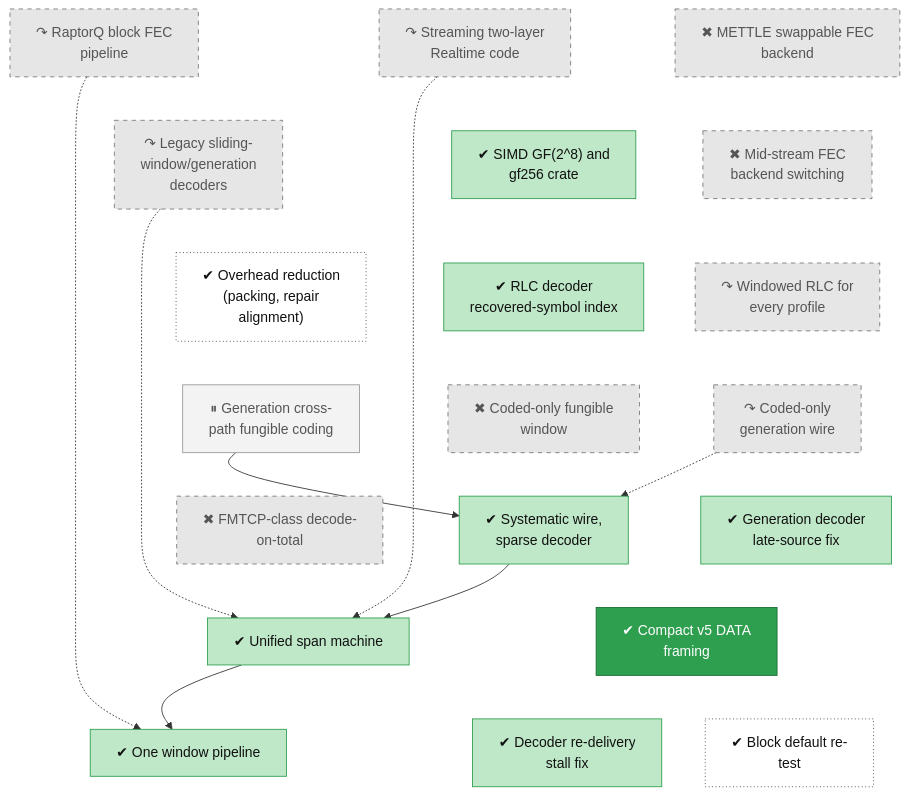
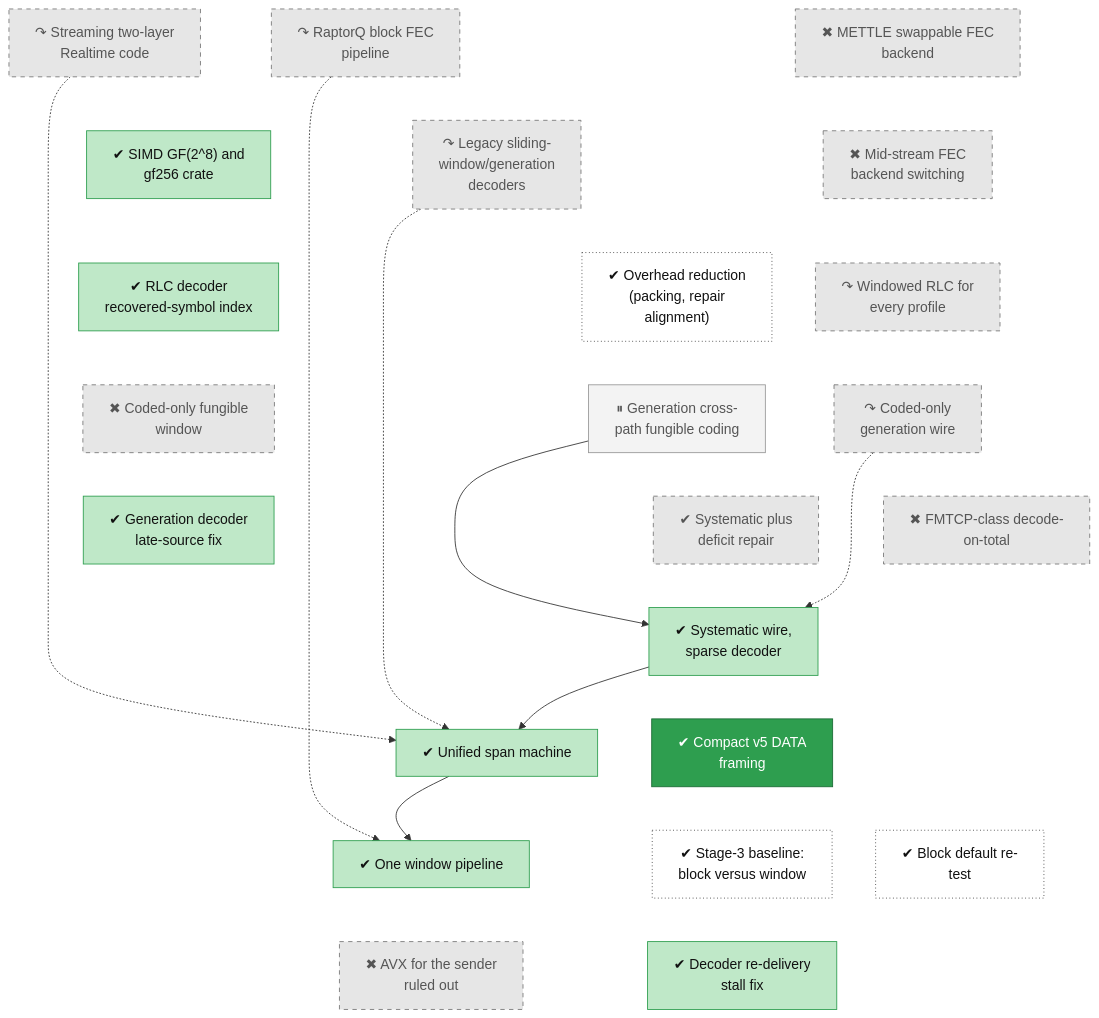
One commit to lhns/raptorpath changed the diagram in docs/roadmap/tracks/cod.md. Above: the diagram before and after it, drawn with Mermaid. The commit also changed other lines of this file and 15 other files, not shown here.

First line of the commit message:
roadmap: show folded records; labelled backfill items; own-verdict records promoted

````diff
--- a/docs/roadmap/tracks/cod.md
+++ b/docs/roadmap/tracks/cod.md
@@ -10,66 +10,74 @@
 ```mermaid
 flowchart TB
     cod_block_pipeline["↷ RaptorQ block FEC<br/>pipeline"]
     cod_mettle["✖ METTLE swappable FEC<br/>backend"]
     cod_streaming_code["↷ Streaming two-layer<br/>Realtime code"]
     cod_legacy_rlc["↷ Legacy sliding-<br/>window/generation<br/>decoders"]
     cod_backend_switch["✖ Mid-stream FEC<br/>backend switching"]
     cod_gf256_simd["✔ SIMD GF(2^8) and<br/>gf256 crate"]
     cod_overhead_reduction["✔ Overhead reduction<br/>(packing, repair<br/>alignment)"]
     cod_rlc_all_profiles["↷ Windowed RLC for<br/>every profile"]
     cod_rlc_index["✔ RLC decoder<br/>recovered-symbol index"]
     cod_generation_coding["⏸ Generation cross-<br/>path fungible coding"]
     cod_coded_only_wire["↷ Coded-only<br/>generation wire"]
     cod_fungible_window["✖ Coded-only fungible<br/>window"]
+    cod_systematic_deficit["✔ Systematic plus<br/>deficit repair"]
     cod_fmtcp["✖ FMTCP-class decode-<br/>on-total"]
     cod_gen_decoder_fix["✔ Generation decoder<br/>late-source fix"]
     cod_systematic_wire["✔ Systematic wire,<br/>sparse decoder"]
     cod_unified_span["✔ Unified span machine"]
     cod_wire_compact["✔ Compact v5 DATA<br/>framing"]
     cod_one_pipeline["✔ One window pipeline"]
     cod_s4_block_retest["✔ Block default re-<br/>test"]
+    cod_s5_stage3_baseline["✔ Stage-3 baseline:<br/>block versus window"]
+    cod_simd_sender["✖ AVX for the sender<br/>ruled out"]
     cod_debug_stall["✔ Decoder re-delivery<br/>stall fix"]
     cod_block_pipeline ~~~ cod_legacy_rlc
     cod_mettle ~~~ cod_backend_switch
     cod_streaming_code ~~~ cod_gf256_simd
     cod_legacy_rlc ~~~ cod_overhead_reduction
     cod_backend_switch ~~~ cod_rlc_all_profiles
     cod_gf256_simd ~~~ cod_rlc_index
     cod_overhead_reduction ~~~ cod_generation_coding
     cod_rlc_all_profiles ~~~ cod_coded_only_wire
     cod_rlc_index ~~~ cod_fungible_window
-    cod_generation_coding ~~~ cod_fmtcp
-    cod_coded_only_wire ~~~ cod_gen_decoder_fix
-    cod_fungible_window ~~~ cod_systematic_wire
-    cod_fmtcp ~~~ cod_unified_span
-    cod_gen_decoder_fix ~~~ cod_wire_compact
+    cod_generation_coding ~~~ cod_systematic_deficit
+    cod_coded_only_wire ~~~ cod_fmtcp
+    cod_fungible_window ~~~ cod_gen_decoder_fix
+    cod_systematic_deficit ~~~ cod_systematic_wire
+    cod_fmtcp ~~~ cod_systematic_wire
+    cod_gen_decoder_fix ~~~ cod_systematic_wire
+    cod_systematic_wire ~~~ cod_unified_span
     cod_systematic_wire ~~~ cod_wire_compact
     cod_unified_span ~~~ cod_one_pipeline
     cod_wire_compact ~~~ cod_s4_block_retest
-    cod_wire_compact ~~~ cod_debug_stall
+    cod_wire_compact ~~~ cod_s5_stage3_baseline
+    cod_one_pipeline ~~~ cod_simd_sender
+    cod_s4_block_retest ~~~ cod_debug_stall
+    cod_s5_stage3_baseline ~~~ cod_debug_stall
     cod_block_pipeline -.-> cod_one_pipeline
     cod_streaming_code -.-> cod_unified_span
     cod_legacy_rlc -.-> cod_unified_span
     cod_coded_only_wire -.-> cod_systematic_wire
     cod_generation_coding --> cod_systematic_wire
     cod_systematic_wire --> cod_unified_span
     cod_unified_span --> cod_one_pipeline
     classDef vsucc fill:#2e9e4f,stroke:#1b6b34,color:#fff
     classDef succ fill:#bfe8c8,stroke:#2e9e4f,color:#111
     classDef mixed fill:#ffd37a,stroke:#c98a00,color:#111
     classDef bad fill:#f28b82,stroke:#b3261e,color:#111
     classDef dead fill:#e6e6e6,stroke:#777,stroke-dasharray:5 5,color:#555
     classDef inprog fill:#a8cdf5,stroke:#1f6fc5,color:#111
     classDef next fill:#fff,stroke:#333,color:#111
     classDef blocked fill:#fff,stroke:#b3261e,stroke-dasharray:2 2,color:#111
     classDef parked fill:#f3f3f3,stroke:#999,color:#555
     classDef unrated fill:#fff,stroke:#333,stroke-dasharray:1 3,color:#111
     classDef userdec fill:#d9c2f0,stroke:#7b3fb5,color:#111
     classDef defect fill:#ffe0b2,stroke:#d84315,stroke-width:2px,color:#111
     classDef waiting fill:#e3f2fd,stroke:#1f6fc5,stroke-dasharray:5 5,color:#111
-    class cod_block_pipeline,cod_mettle,cod_streaming_code,cod_legacy_rlc,cod_backend_switch,cod_rlc_all_profiles,cod_coded_only_wire,cod_fungible_window,cod_fmtcp dead
+    class cod_block_pipeline,cod_mettle,cod_streaming_code,cod_legacy_rlc,cod_backend_switch,cod_rlc_all_profiles,cod_coded_only_wire,cod_fungible_window,cod_systematic_deficit,cod_fmtcp,cod_simd_sender dead
     class cod_gf256_simd,cod_rlc_index,cod_gen_decoder_fix,cod_systematic_wire,cod_unified_span,cod_one_pipeline,cod_debug_stall succ
-    class cod_overhead_reduction,cod_s4_block_retest unrated
+    class cod_overhead_reduction,cod_s4_block_retest,cod_s5_stage3_baseline unrated
     class cod_generation_coding parked
     class cod_wire_compact vsucc
 ```
````
